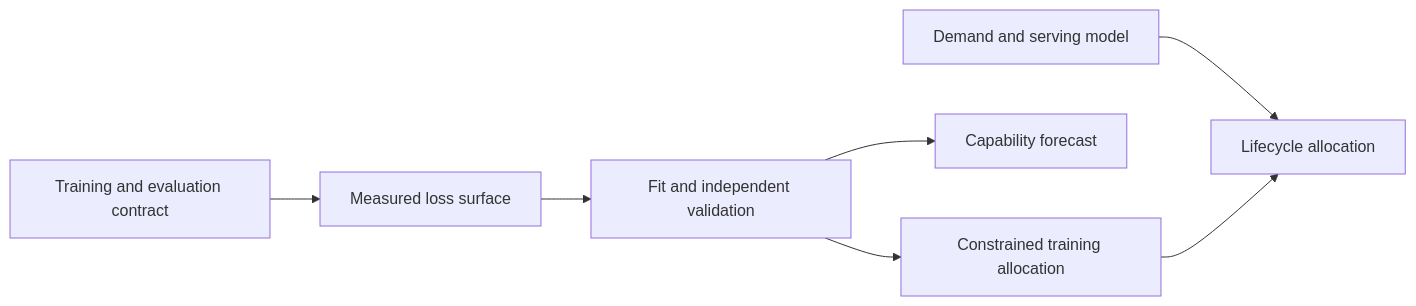
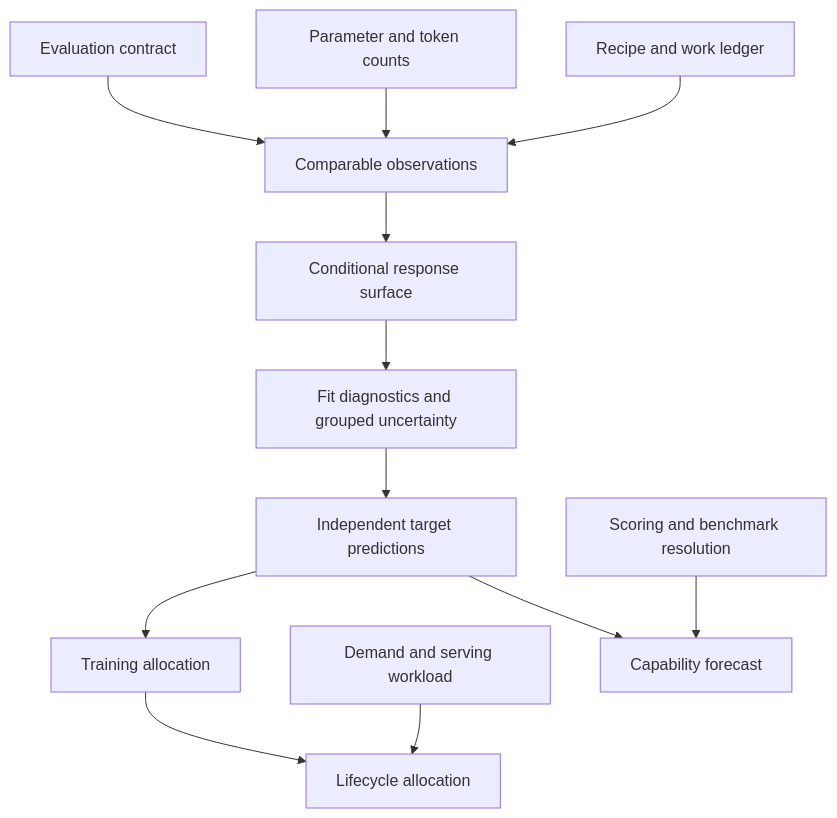
The diagram in docs/vol-01-learning-and-representation/part-04-training-science-and-adaptation/ch21-scaling-laws-and-compute-allocation/README.md (neuralatlasai/The_Model_Stack), drawn with Mermaid before and after one commit. The commit also changed other lines of this file and 399 other files, not shown here.

````diff
--- a/docs/vol-01-learning-and-representation/part-04-training-science-and-adaptation/ch21-scaling-laws-and-compute-allocation/README.md
+++ b/docs/vol-01-learning-and-representation/part-04-training-science-and-adaptation/ch21-scaling-laws-and-compute-allocation/README.md
@@ -100,9 +95,14 @@
 ```mermaid
-flowchart LR
-  A[Training and evaluation contract] --> B[Measured loss surface]
-  B --> C[Fit and independent validation]
-  C --> D[Constrained training allocation]
-  C --> E[Capability forecast]
-  F[Demand and serving model] --> G[Lifecycle allocation]
-  D --> G
+flowchart TB
+  A[Evaluation contract] --> D[Comparable observations]
+  B[Parameter and token counts] --> D
+  C[Recipe and work ledger] --> D
+  D --> E[Conditional response surface]
+  E --> F[Fit diagnostics and grouped uncertainty]
+  F --> G[Independent target predictions]
+  G --> H[Training allocation]
+  I[Demand and serving workload] --> J[Lifecycle allocation]
+  H --> J
+  K[Scoring and benchmark resolution] --> L[Capability forecast]
+  G --> L
 ```
````
